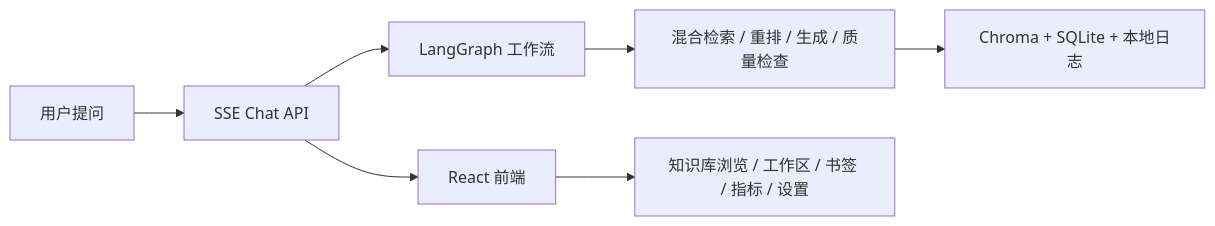
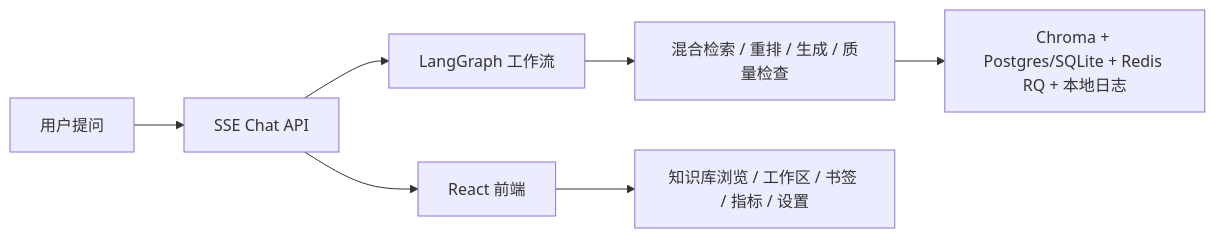
Before and after one commit to wswhhhc/KnowBase: the diagram in README.md, drawn with Mermaid. The commit also changed other lines of this file and 6 other files, not shown here.

````diff
--- a/README.md
+++ b/README.md
@@ -179,9 +182,9 @@
 ```mermaid
 flowchart LR
     A["用户提问"] --> B["SSE Chat API"]
     B --> C["LangGraph 工作流"]
     C --> D["混合检索 / 重排 / 生成 / 质量检查"]
-    D --> E["Chroma + SQLite + 本地日志"]
+    D --> E["Chroma + Postgres/SQLite + Redis RQ + 本地日志"]
     B --> F["React 前端"]
     F --> G["知识库浏览 / 工作区 / 书签 / 指标 / 设置"]
 ```
````
